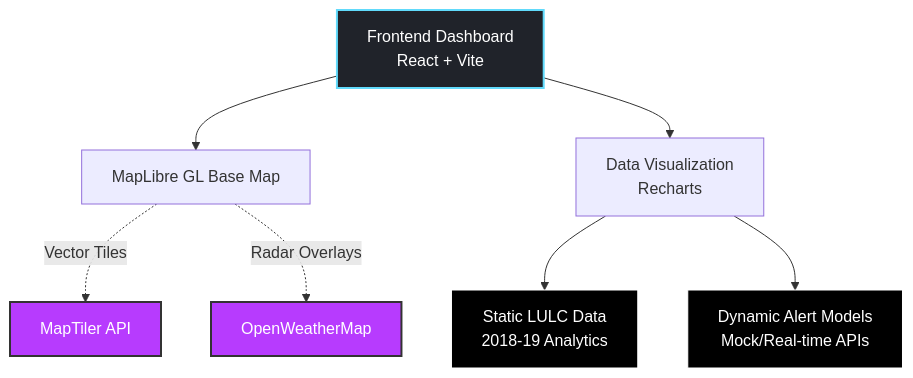
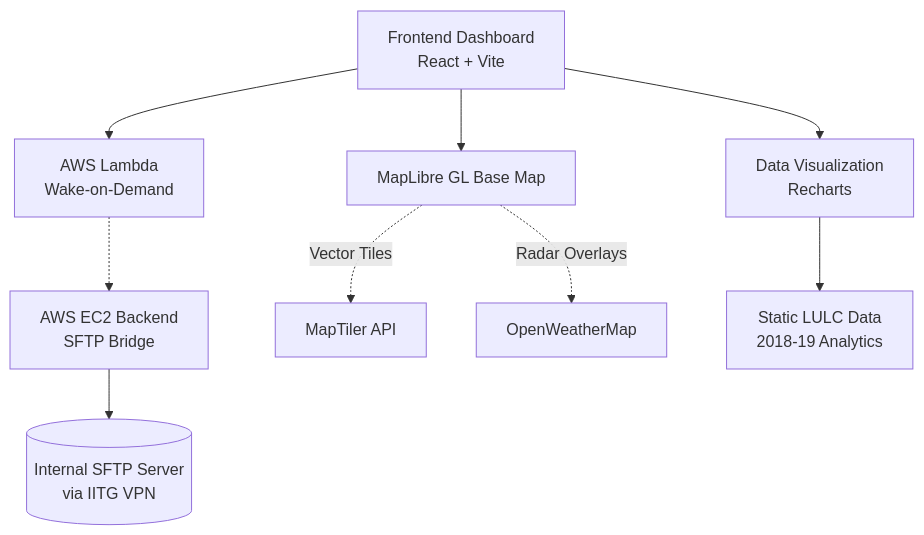
Before and after one commit to dheerajpapani/lodestar-dashboard: the first of 2 diagrams in README.md, drawn with Mermaid. The commit also changed other lines of this file and 7 other files, not shown here.

Commit message:
Final project synchronization: Verified AWS Lambda Wake, optimized backend structure, and production-ready configuration

````diff
--- a/README.md
+++ b/README.md
@@ -53,19 +53,14 @@
 ```mermaid
 graph TD
     UI[Frontend Dashboard<br>React + Vite] --> Map[MapLibre GL Base Map]
     UI --> Data[Data Visualization<br>Recharts]
+    UI --> AWS[AWS Lambda<br>Wake-on-Demand]
     
+    AWS -.-> EC2[AWS EC2 Backend<br>SFTP Bridge]
+    EC2 --> SFTP[(Internal SFTP Server<br>via IITG VPN)]
+
     Map -.->|Vector Tiles| MT[MapTiler API]
     Map -.->|Radar Overlays| OWM[OpenWeatherMap]
     
     Data --> Local[Static LULC Data<br>2018-19 Analytics]
-    Data --> Alerts[Dynamic Alert Models<br>Mock/Real-time APIs]
-
-    classDef core fill:#20232A,stroke:#61DAFB,stroke-width:2px,color:#fff;
-    classDef api fill:#B73BFE,stroke:#333,stroke-width:2px,color:#fff;
-    classDef data fill:#000000,stroke:#fff,stroke-width:1px,color:#fff;
-    
-    class UI core;
-    class MT,OWM api;
-    class Local,Alerts data;
 ```
````
